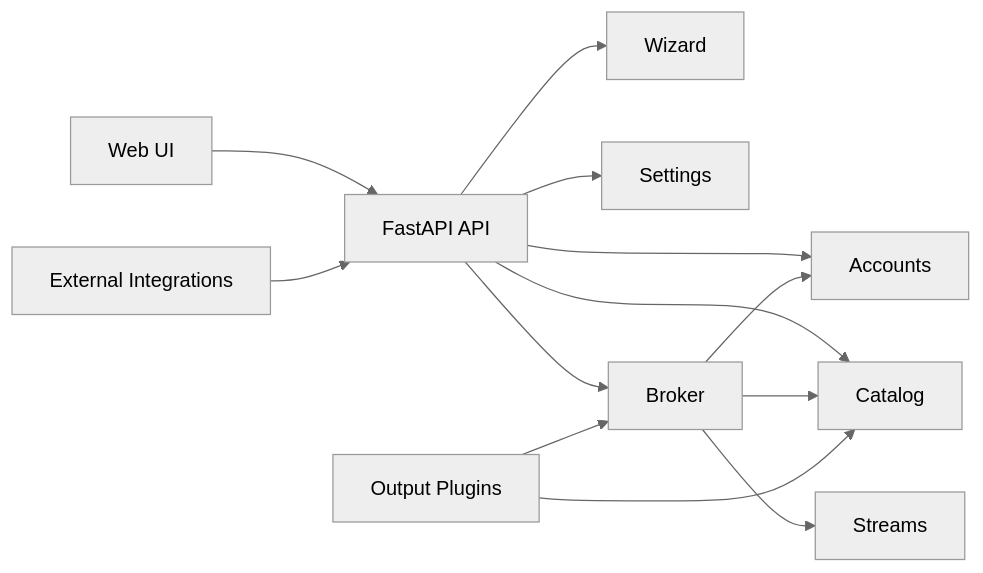
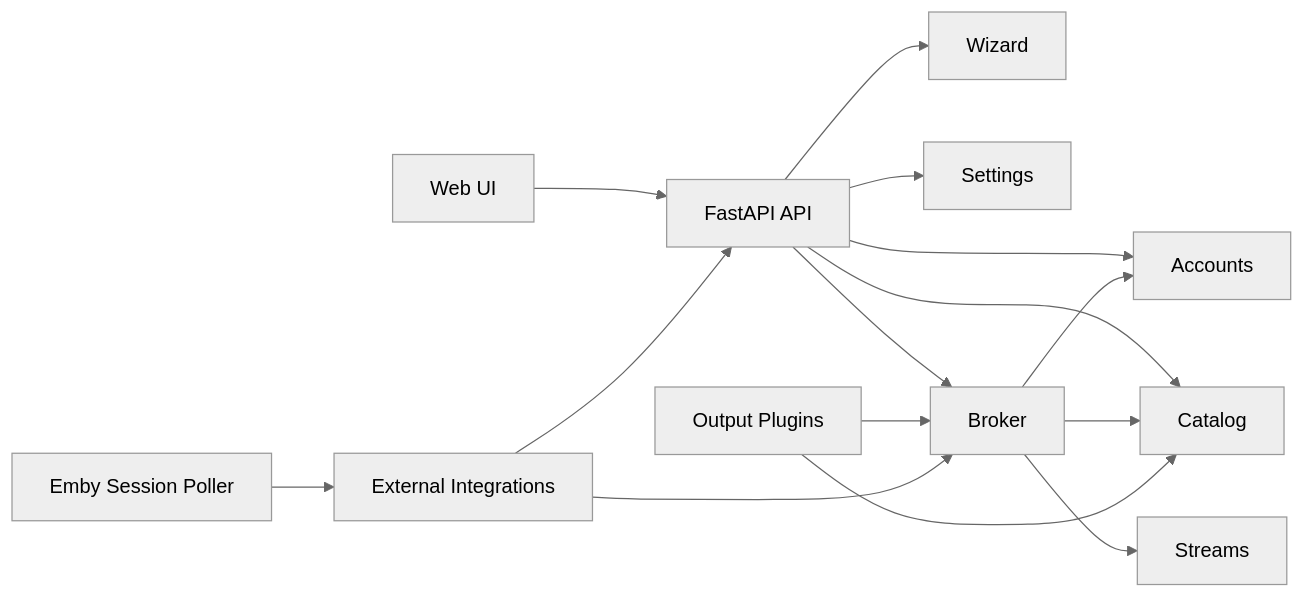
The first of 3 diagrams in docs/Architecture.md (drumdandrum/MediaRouter), drawn with Mermaid (neutral theme) before and after one commit. The commit also changed other lines of this file and 27 other files, not shown here.

Commit message:
WIP: snapshot Emby integration before architectural review

````diff
--- a/docs/Architecture.md
+++ b/docs/Architecture.md
@@ -26,15 +26,17 @@
 ```mermaid
 flowchart LR
   UI["Web UI"] --> API["FastAPI API"]
   API --> Wizard["Wizard"]
   API --> Settings["Settings"]
   API --> Accounts["Accounts"]
   API --> Catalog["Catalog"]
   API --> Broker["Broker"]
   Broker --> Streams["Streams"]
   Broker --> Accounts
   Broker --> Catalog
   Outputs["Output Plugins"] --> Catalog
   Outputs --> Broker
   Integrations["External Integrations"] --> API
+  Emby["Emby Session Poller"] --> Integrations
+  Integrations --> Broker
 ```
````
